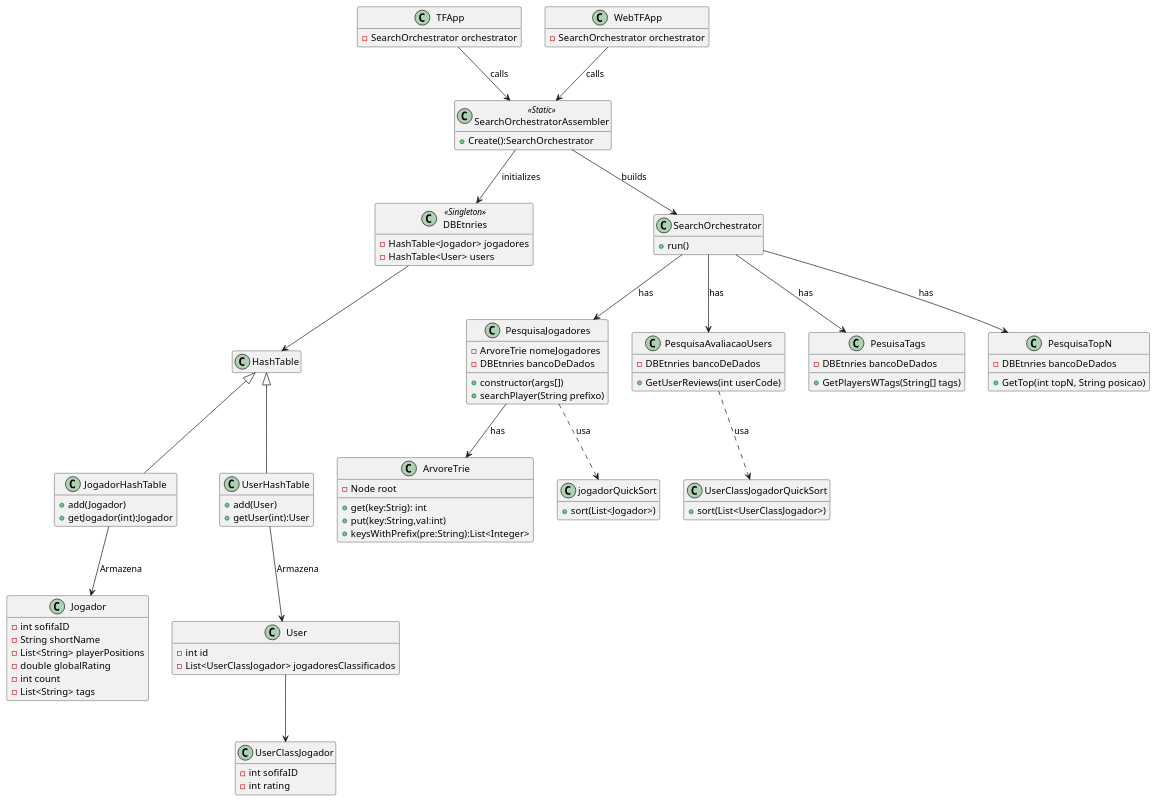
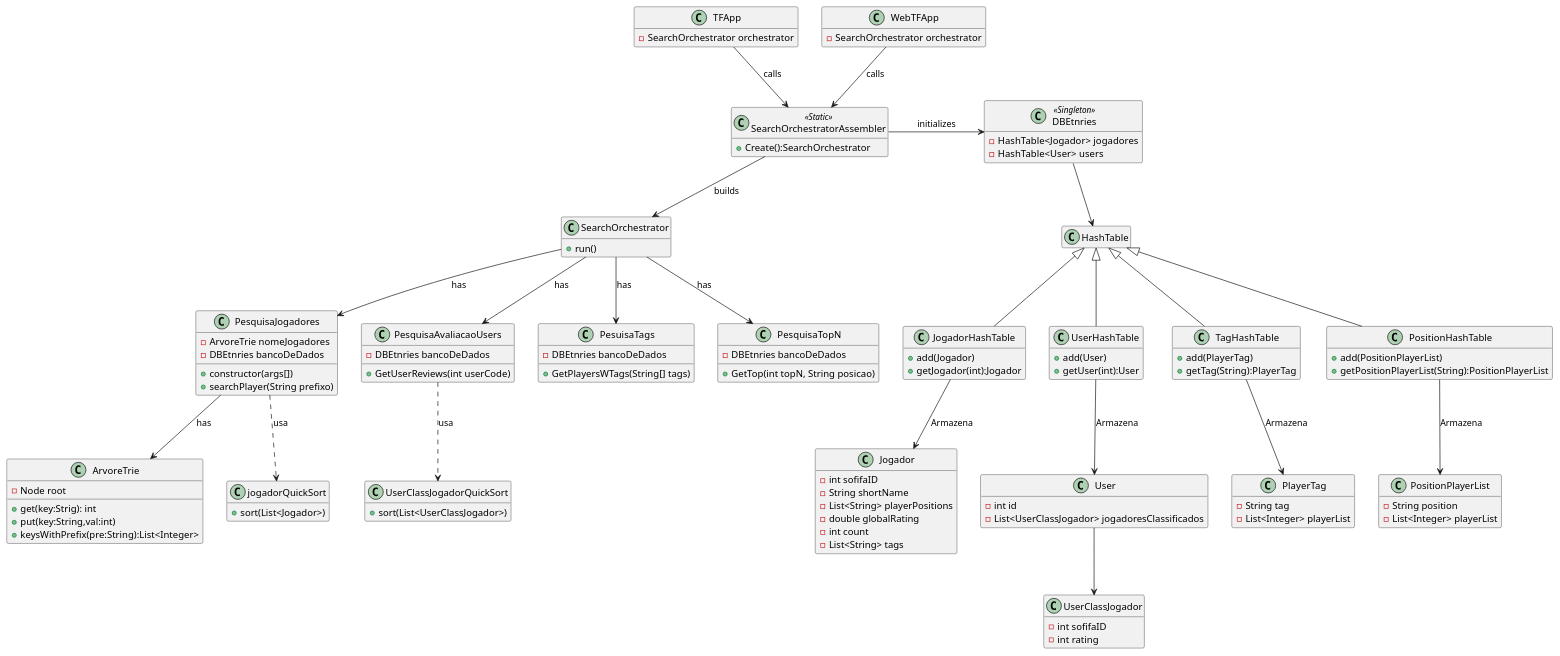
One commit to JoaoCosme/TrabFinalCPD changed the diagram in classDiagram.wsd. Above: the diagram before and after it, drawn with PlantUML. The commit also changed 3 other files, not shown here.

Commit message:
Atualizado diagrama de classe

```diff
--- a/classDiagram.wsd
+++ b/classDiagram.wsd
@@ -1,108 +1,130 @@
 @startuml classDiagram
     hide empty members
 
     class TFApp{
         -SearchOrchestrator orchestrator
     }
     class WebTFApp{
         -SearchOrchestrator orchestrator
     }
 
     class SearchOrchestratorAssembler<<Static>>{
         +Create():SearchOrchestrator
     }
     class DBEtnries<<Singleton>>{
         - HashTable<Jogador> jogadores
         - HashTable<User> users
     }
 
     class HashTable{
 
     }
 
     class JogadorHashTable extends HashTable{
         + add(Jogador)
         + getJogador(int):Jogador
     }
 
     class UserHashTable extends HashTable{
         + add(User)
         + getUser(int):User
     }
 
+    class TagHashTable extends HashTable{
+        + add(PlayerTag)
+        + getTag(String):PlayerTag
+    }
+
+    class PositionHashTable extends HashTable{
+        + add(PositionPlayerList)
+        + getPositionPlayerList(String):PositionPlayerList
+    }
+
     class Jogador{
         - int sofifaID
         - String shortName
         - List<String> playerPositions
         - double globalRating
         - int count
         - List<String> tags
     }
 
     class UserClassJogador{
         - int sofifaID
         - int rating
     }
 
     class User{
         - int id
         - List<UserClassJogador> jogadoresClassificados
+    }
+
+    class PlayerTag{
+        - String tag
+        - List<Integer> playerList
+    }
+
+    class PositionPlayerList{
+        - String position
+        - List<Integer> playerList
     }
 
     class SearchOrchestrator{
         +run()
     }
 
     class PesquisaJogadores{
         - ArvoreTrie nomeJogadores
         - DBEtnries bancoDeDados
         + constructor(args[])
         + searchPlayer(String prefixo)
     }
 
     Class ArvoreTrie{
         - Node root
         + get(key:Strig): int
         + put(key:String,val:int)
         + keysWithPrefix(pre:String):List<Integer>
 
     }
 
     class PesquisaAvaliacaoUsers{
         - DBEtnries bancoDeDados
         + GetUserReviews(int userCode)
     }
     class PesuisaTags{
         - DBEtnries bancoDeDados
         + GetPlayersWTags(String[] tags)
     }
     class PesquisaTopN{
         - DBEtnries bancoDeDados
         + GetTop(int topN, String posicao)
     }
 
     class jogadorQuickSort{
         + sort(List<Jogador>)
     }
 
     class UserClassJogadorQuickSort{
         +sort(List<UserClassJogador>)
     }
     
     SearchOrchestratorAssembler --> SearchOrchestrator:builds
     WebTFApp --> SearchOrchestratorAssembler:calls
     TFApp --> SearchOrchestratorAssembler:calls
-    SearchOrchestratorAssembler --> DBEtnries: initializes
+    SearchOrchestratorAssembler -> DBEtnries: initializes
     SearchOrchestrator --> PesquisaJogadores:has
     SearchOrchestrator --> PesuisaTags:has
     SearchOrchestrator --> PesquisaTopN:has
     SearchOrchestrator --> PesquisaAvaliacaoUsers:has
     PesquisaJogadores --> ArvoreTrie: has
     DBEtnries --> HashTable
     JogadorHashTable --> Jogador:Armazena
     UserHashTable --> User: Armazena
+    TagHashTable --> PlayerTag: Armazena
+    PositionHashTable --> PositionPlayerList: Armazena
     User --> UserClassJogador
     PesquisaJogadores ..> jogadorQuickSort: usa
     PesquisaAvaliacaoUsers ..> UserClassJogadorQuickSort:usa
     
 @enduml
```
